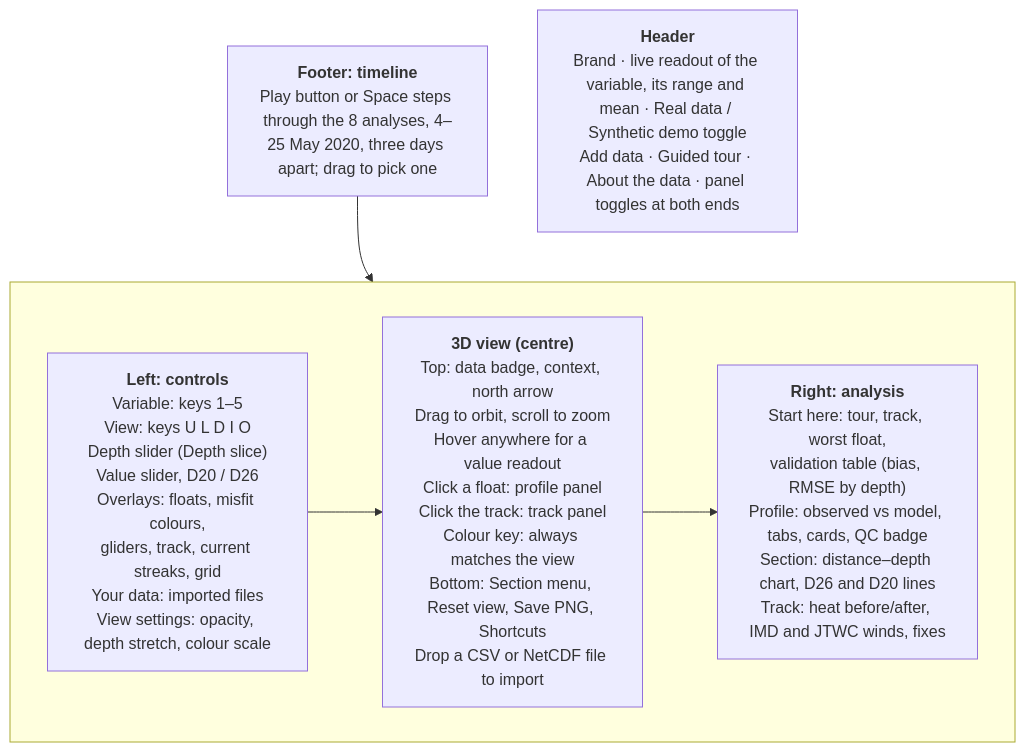
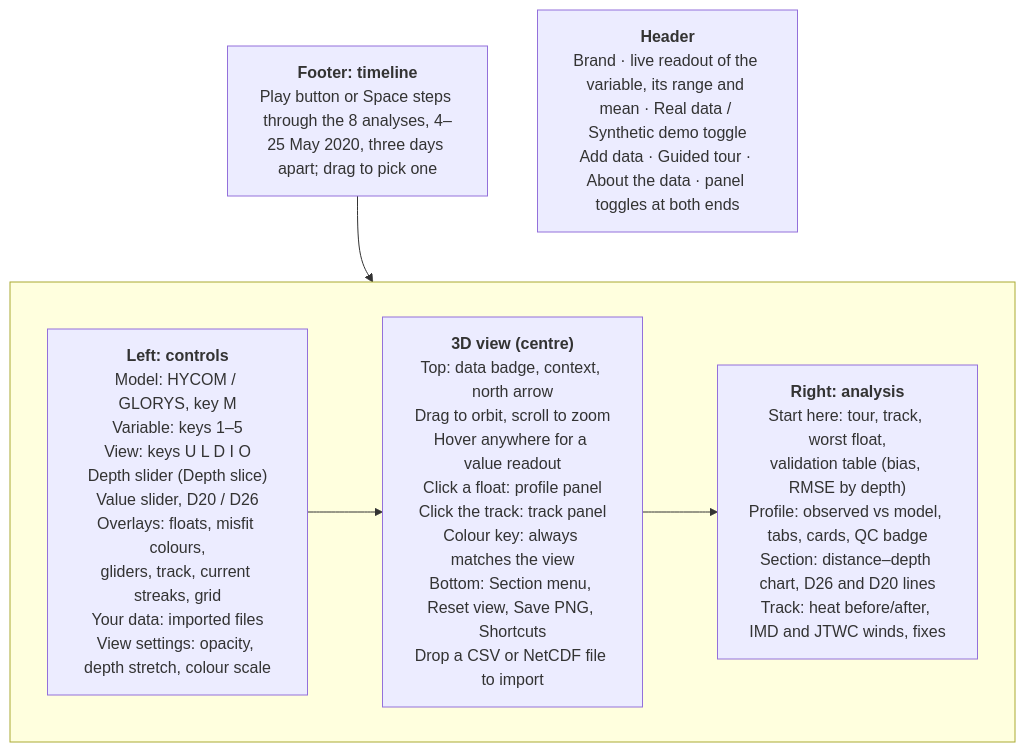
One commit to Rehaan15790/OceanLens-3D changed the first of 2 diagrams in docs/PRESENTER_GUIDE.md. Above: the diagram before and after it, drawn with Mermaid. The commit also changed other lines of this file and 11 other files, not shown here.

````diff
--- a/docs/PRESENTER_GUIDE.md
+++ b/docs/PRESENTER_GUIDE.md
@@ -56,14 +57,14 @@
 ```mermaid
 flowchart TB
   H["<b>Header</b><br/>Brand · live readout of the variable, its range and mean · Real data / Synthetic demo toggle<br/>Add data · Guided tour · About the data · panel toggles at both ends"]
   subgraph Body[" "]
     direction LR
-    L["<b>Left: controls</b><br/>Variable: keys 1–5<br/>View: keys U L D I O<br/>Depth slider (Depth slice)<br/>Value slider, D20 / D26<br/>Overlays: floats, misfit colours,<br/>gliders, track, current streaks, grid<br/>Your data: imported files<br/>View settings: opacity, depth stretch, colour scale"]
+    L["<b>Left: controls</b><br/>Model: HYCOM / GLORYS, key M<br/>Variable: keys 1–5<br/>View: keys U L D I O<br/>Depth slider (Depth slice)<br/>Value slider, D20 / D26<br/>Overlays: floats, misfit colours,<br/>gliders, track, current streaks, grid<br/>Your data: imported files<br/>View settings: opacity, depth stretch, colour scale"]
     V["<b>3D view (centre)</b><br/>Top: data badge, context, north arrow<br/>Drag to orbit, scroll to zoom<br/>Hover anywhere for a value readout<br/>Click a float: profile panel<br/>Click the track: track panel<br/>Colour key: always matches the view<br/>Bottom: Section menu, Reset view, Save PNG, Shortcuts<br/>Drop a CSV or NetCDF file to import"]
     R["<b>Right: analysis</b><br/>Start here: tour, track, worst float,<br/>validation table (bias, RMSE by depth)<br/>Profile: observed vs model, tabs, cards, QC badge<br/>Section: distance–depth chart, D26 and D20 lines<br/>Track: heat before/after, IMD and JTWC winds, fixes"]
     L --> V --> R
   end
   F["<b>Footer: timeline</b><br/>Play button or Space steps through the 8 analyses, 4–25 May 2020, three days apart; drag to pick one"]
   H ~~~ Body
   F --> V
 ```
````
